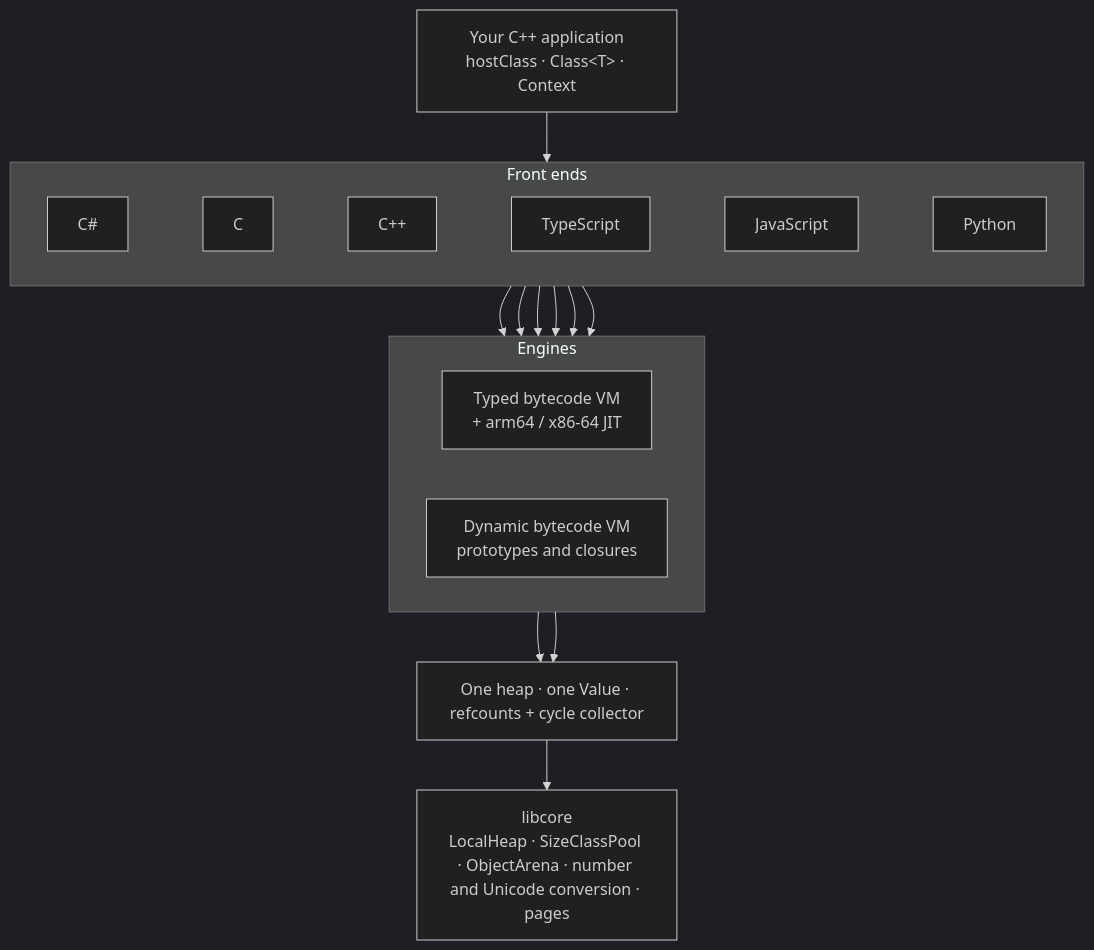
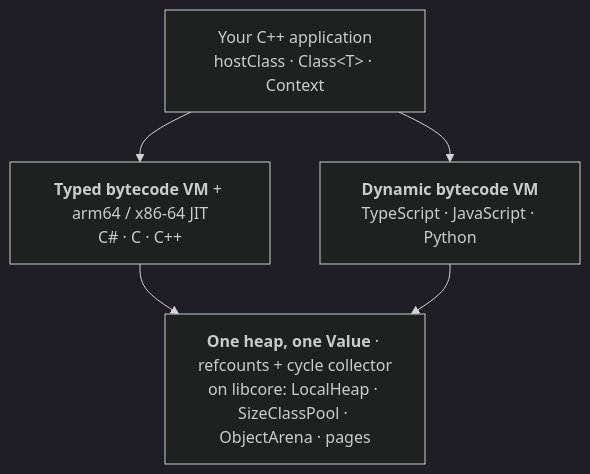
One commit to philipp-orlov/libscript changed the diagram in README.md. Above: the diagram before and after it, drawn with Mermaid (dark theme).

Commit message:
README: a more compact Under the hood diagram
Group the languages under the engine each one runs on and fold the heap and
libcore into one box: three tiers instead of five.

````diff
--- a/README.md
+++ b/README.md
@@ -198,29 +198,12 @@
 ```mermaid
 flowchart TB
     host["Your C++ application<br/>hostClass · Class&lt;T&gt; · Context"]
+    typed["<b>Typed bytecode VM</b> + arm64 / x86-64 JIT<br/>C# · C · C++"]
+    dyn["<b>Dynamic bytecode VM</b><br/>TypeScript · JavaScript · Python"]
+    heap["<b>One heap, one Value</b> · refcounts + cycle collector<br/>on libcore: LocalHeap · SizeClassPool · ObjectArena · pages"]
 
-    subgraph frontends["Front ends"]
-        direction LR
-        cs["C#"] ~~~ cc["C"] ~~~ cpp["C++"] ~~~ ts["TypeScript"] ~~~ js["JavaScript"] ~~~ py["Python"]
-    end
-
-    subgraph engines["Engines"]
-        direction LR
-        typed["Typed bytecode VM<br/>+ arm64 / x86-64 JIT"]
-        dyn["Dynamic bytecode VM<br/>prototypes and closures"]
-    end
-
-    heap["One heap · one Value · refcounts + cycle collector"]
-    core["libcore<br/>LocalHeap · SizeClassPool · ObjectArena · number and Unicode conversion · pages"]
-
-    host --> frontends
-    cs --> typed
-    cc --> typed
-    cpp --> typed
-    ts --> dyn
-    js --> dyn
-    py --> dyn
+    host --> typed
+    host --> dyn
     typed --> heap
     dyn --> heap
-    heap --> core
 ```
````
